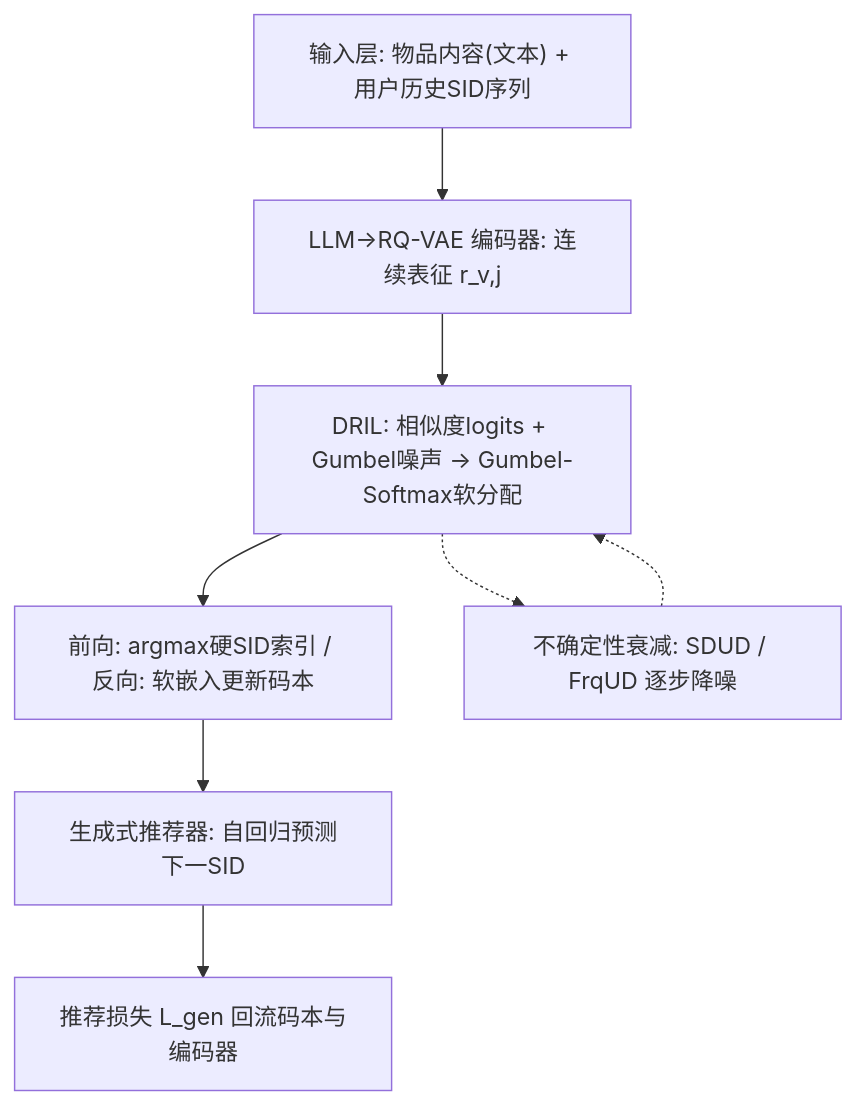
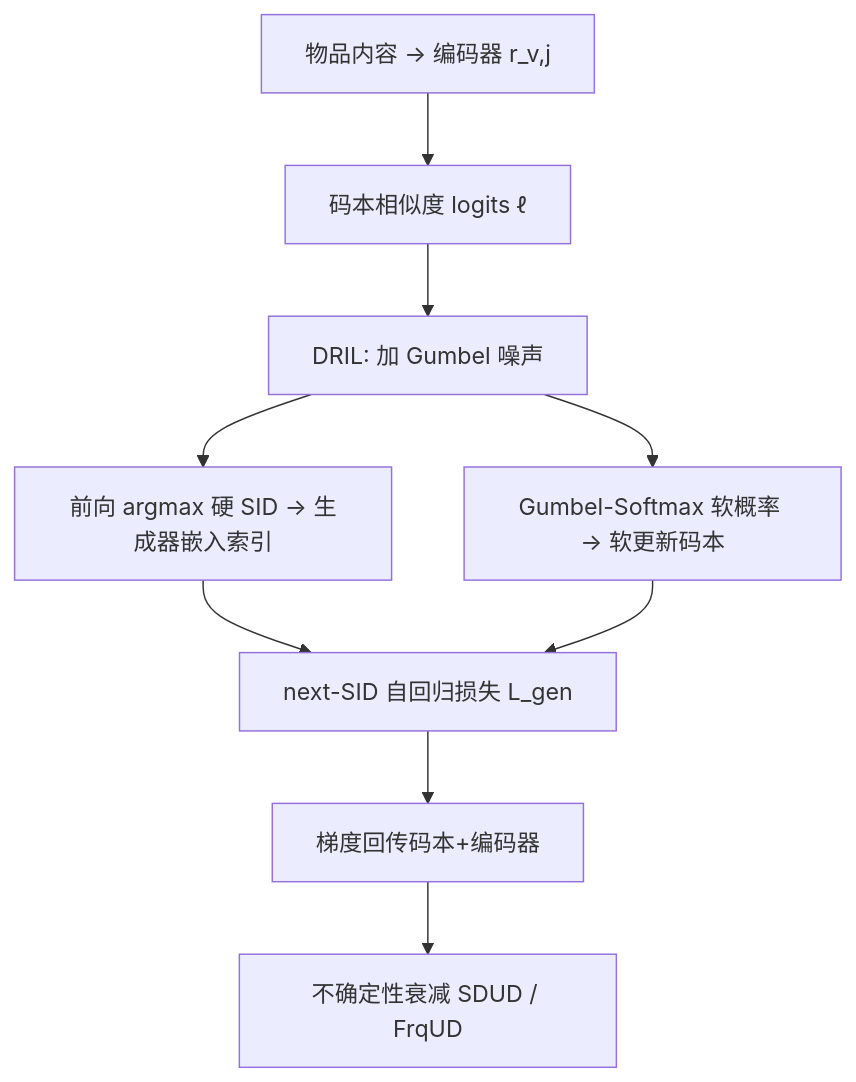
Before and after one commit to jbdcia321vw/Paper-Notes: the diagram in docs/venues/SIGIR/2026/generative_rec/differentiable_semantic_id_for_generative_recommendation.md, drawn with Mermaid. The commit also changed other lines of this file and 1119 other files, not shown here.

````diff
--- a/docs/venues/SIGIR/2026/generative_rec/differentiable_semantic_id_for_generative_recommendation.md
+++ b/docs/venues/SIGIR/2026/generative_rec/differentiable_semantic_id_for_generative_recommendation.md
@@ -57,10 +47,11 @@
 ```mermaid
 flowchart TD
-    A["输入层: 物品内容(文本) + 用户历史SID序列"] --> B["LLM→RQ-VAE 编码器: 连续表征 r_v,j"]
-    B --> C["DRIL: 相似度logits + Gumbel噪声 → Gumbel-Softmax软分配"]
-    C --> D["前向: argmax硬SID索引 / 反向: 软嵌入更新码本"]
-    D --> E["生成式推荐器: 自回归预测下一SID"]
-    E --> F["推荐损失 L_gen 回流码本与编码器"]
-    C -.-> G["不确定性衰减: SDUD / FrqUD 逐步降噪"]
-    G -.-> C
+    A["物品内容 → 编码器 r_v,j"] --> B["码本相似度 logits ℓ"]
+    B --> C["DRIL: 加 Gumbel 噪声"]
+    C --> D["前向 argmax 硬 SID → 生成器嵌入索引"]
+    C --> E["Gumbel-Softmax 软概率 → 软更新码本"]
+    D --> F["next-SID 自回归损失 L_gen"]
+    E --> F
+    F --> G["梯度回传码本+编码器"]
+    G --> H["不确定性衰减 SDUD / FrqUD"]
 ```
````
